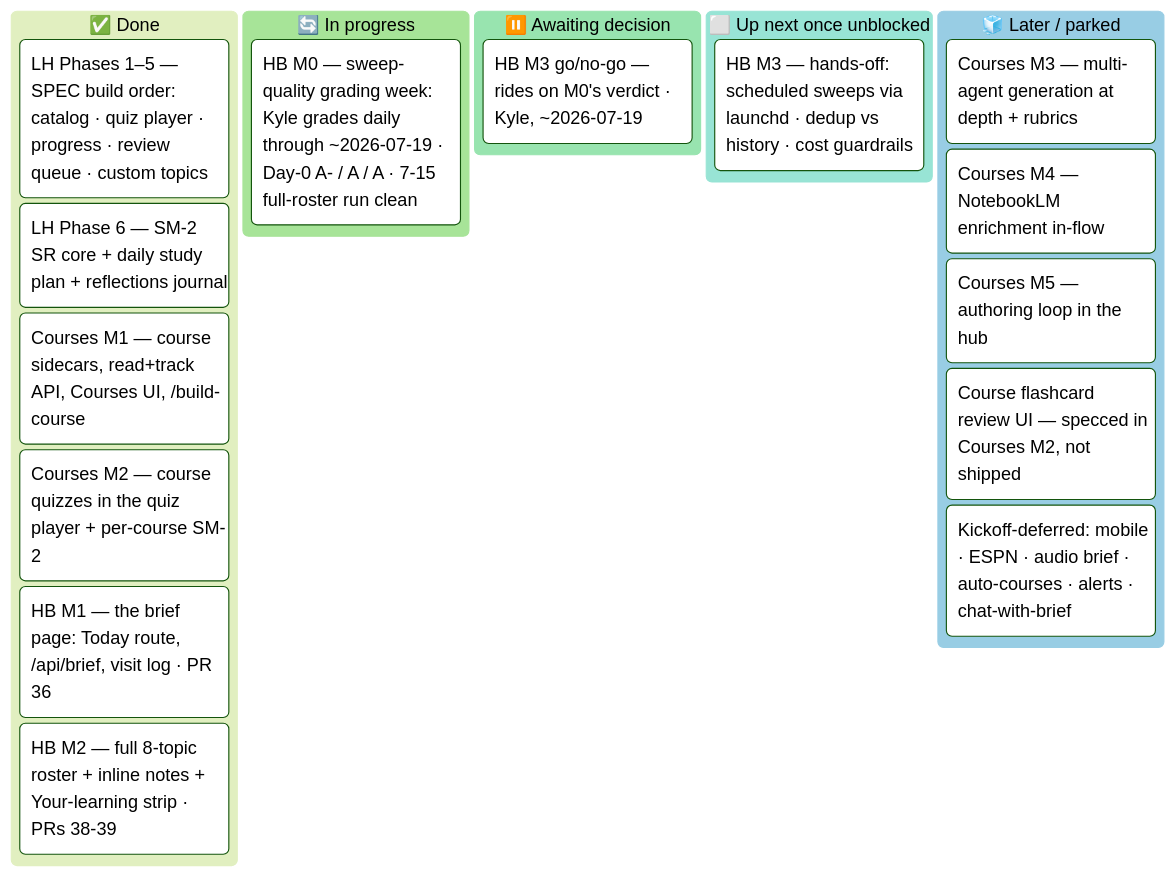
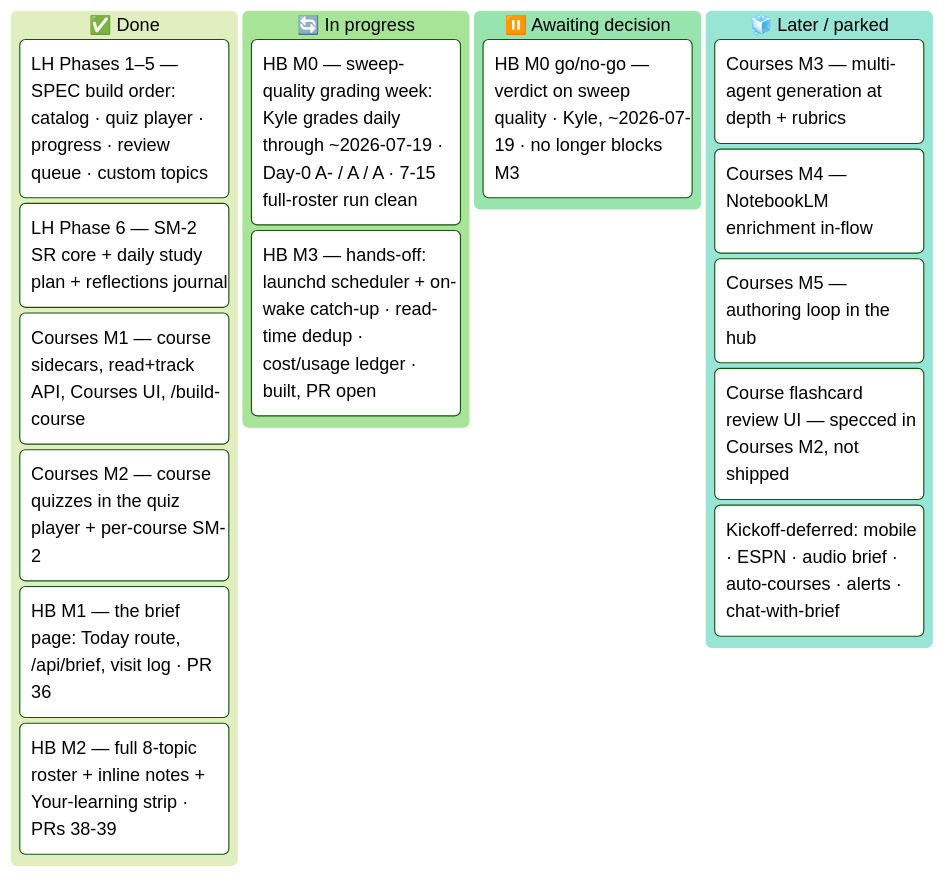
The diagram in docs/MASTER_PLAN.md (ksdisch/home-base), drawn with Mermaid (forest theme) before and after one commit. The commit also changed other lines of this file and 1 other file, not shown here.

````diff
--- a/docs/MASTER_PLAN.md
+++ b/docs/MASTER_PLAN.md
@@ -32,22 +34,21 @@
 ```mermaid
 kanban
   done["✅ Done"]
     lh15["LH Phases 1–5 — SPEC build order: catalog · quiz player · progress · review queue · custom topics"]
     lh6["LH Phase 6 — SM-2 SR core + daily study plan + reflections journal"]
     lh7["Courses M1 — course sidecars, read+track API, Courses UI, /build-course"]
     lh7m2["Courses M2 — course quizzes in the quiz player + per-course SM-2"]
     hbm1["HB M1 — the brief page: Today route, /api/brief, visit log · PR 36"]
     hbm2["HB M2 — full 8-topic roster + inline notes + Your-learning strip · PRs 38-39"]
   doing["🔄 In progress"]
     hbm0["HB M0 — sweep-quality grading week: Kyle grades daily through ~2026-07-19 · Day-0 A- / A / A · 7-15 full-roster run clean"]
+    hbm3["HB M3 — hands-off: launchd scheduler + on-wake catch-up · read-time dedup · cost/usage ledger · built, PR open"]
   decide["⏸️ Awaiting decision"]
-    hbm3gate["HB M3 go/no-go — rides on M0's verdict · Kyle, ~2026-07-19"]
-  next["⬜ Up next once unblocked"]
-    hbm3["HB M3 — hands-off: scheduled sweeps via launchd · dedup vs history · cost guardrails"]
+    hbm0verdict["HB M0 go/no-go — verdict on sweep quality · Kyle, ~2026-07-19 · no longer blocks M3"]
   later["🧊 Later / parked"]
     cm3["Courses M3 — multi-agent generation at depth + rubrics"]
     cm4["Courses M4 — NotebookLM enrichment in-flow"]
     cm5["Courses M5 — authoring loop in the hub"]
     fcui["Course flashcard review UI — specced in Courses M2, not shipped"]
     defer["Kickoff-deferred: mobile · ESPN · audio brief · auto-courses · alerts · chat-with-brief"]
 ```
````
